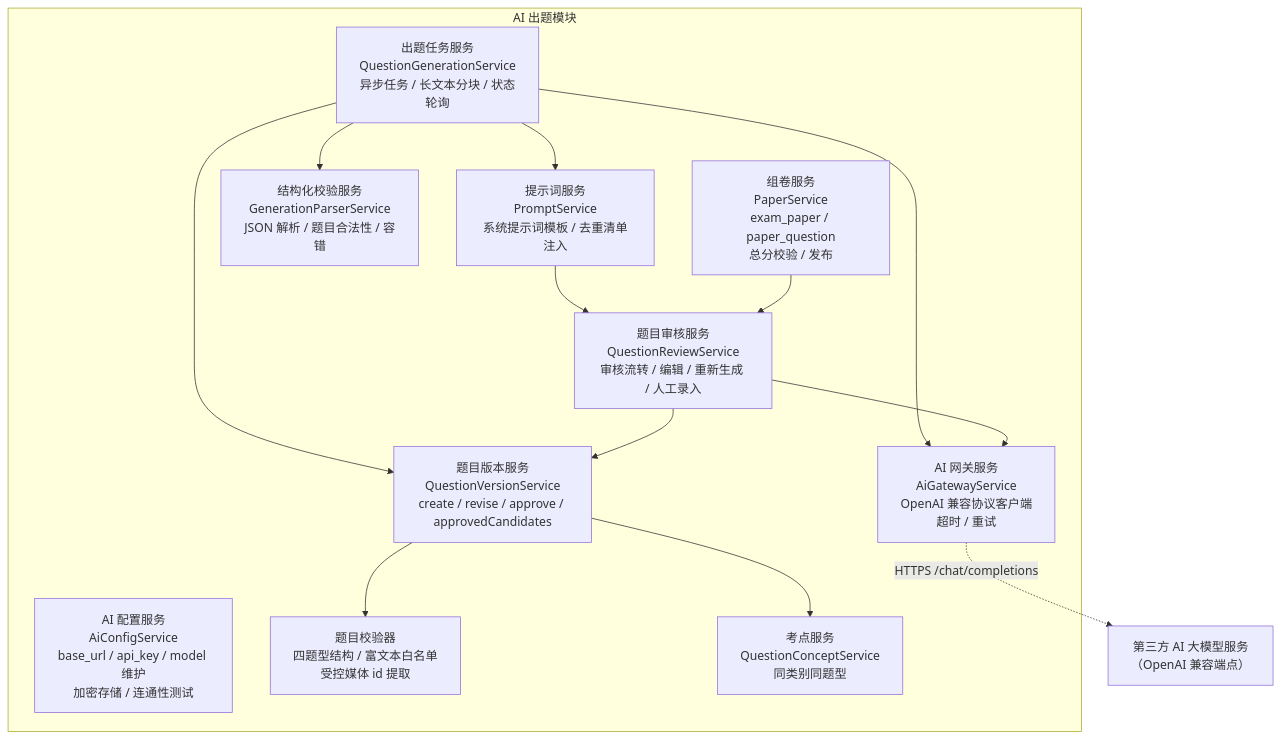
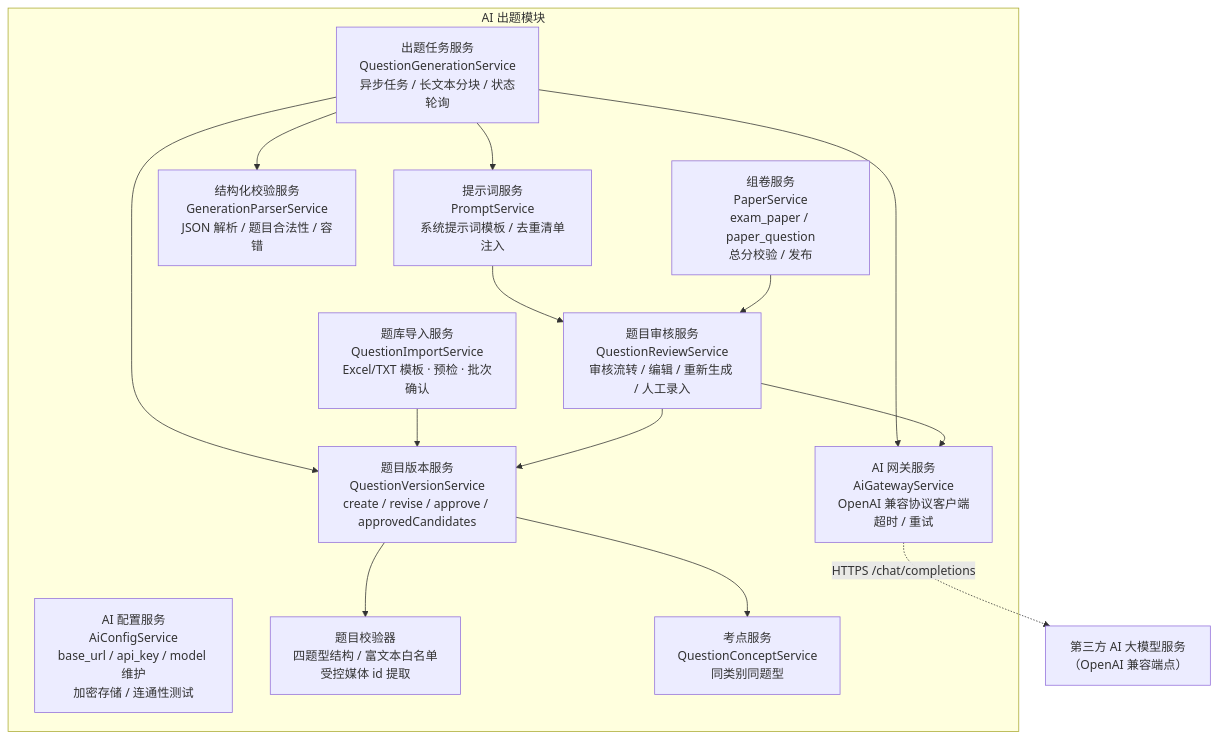
Before and after one commit to caoguanjie/emodor-exam: the tenth of 19 diagrams in docs/design/05-模块设计.md, drawn with Mermaid. The commit also changed other lines of this file and 19 other files, not shown here.

````diff
--- a/docs/design/05-模块设计.md
+++ b/docs/design/05-模块设计.md
@@ -534,26 +534,28 @@
 ```mermaid
 graph TB
     subgraph MOD3["AI 出题模块"]
         CFG["AI 配置服务<br/>AiConfigService<br/>base_url / api_key / model 维护<br/>加密存储 / 连通性测试"]
         GW["AI 网关服务<br/>AiGatewayService<br/>OpenAI 兼容协议客户端<br/>超时 / 重试"]
         TASK["出题任务服务<br/>QuestionGenerationService<br/>异步任务 / 长文本分块 / 状态轮询"]
         PROMPT["提示词服务<br/>PromptService<br/>系统提示词模板 / 去重清单注入"]
         PARSER["结构化校验服务<br/>GenerationParserService<br/>JSON 解析 / 题目合法性 / 容错"]
         VALIDATOR["题目校验器<br/>四题型结构 / 富文本白名单<br/>受控媒体 id 提取"]
         VERSION["题目版本服务<br/>QuestionVersionService<br/>create / revise / approve / approvedCandidates"]
         CONCEPT["考点服务<br/>QuestionConceptService<br/>同类别同题型"]
+        IMPORT["题库导入服务<br/>QuestionImportService<br/>Excel/TXT 模板 · 预检 · 批次确认"]
         REVIEW["题目审核服务<br/>QuestionReviewService<br/>审核流转 / 编辑 / 重新生成 / 人工录入"]
         PAPER["组卷服务<br/>PaperService<br/>exam_paper / paper_question<br/>总分校验 / 发布"]
     end
     TASK --> GW
     TASK --> PROMPT
     TASK --> PARSER
     TASK --> VERSION
     VERSION --> VALIDATOR
     VERSION --> CONCEPT
+    IMPORT --> VERSION
     PROMPT --> REVIEW
     REVIEW --> VERSION
     REVIEW --> GW
     PAPER --> REVIEW
     GW -.->|"HTTPS /chat/completions"| EXT["第三方 AI 大模型服务<br/>（OpenAI 兼容端点）"]
 ```
````
